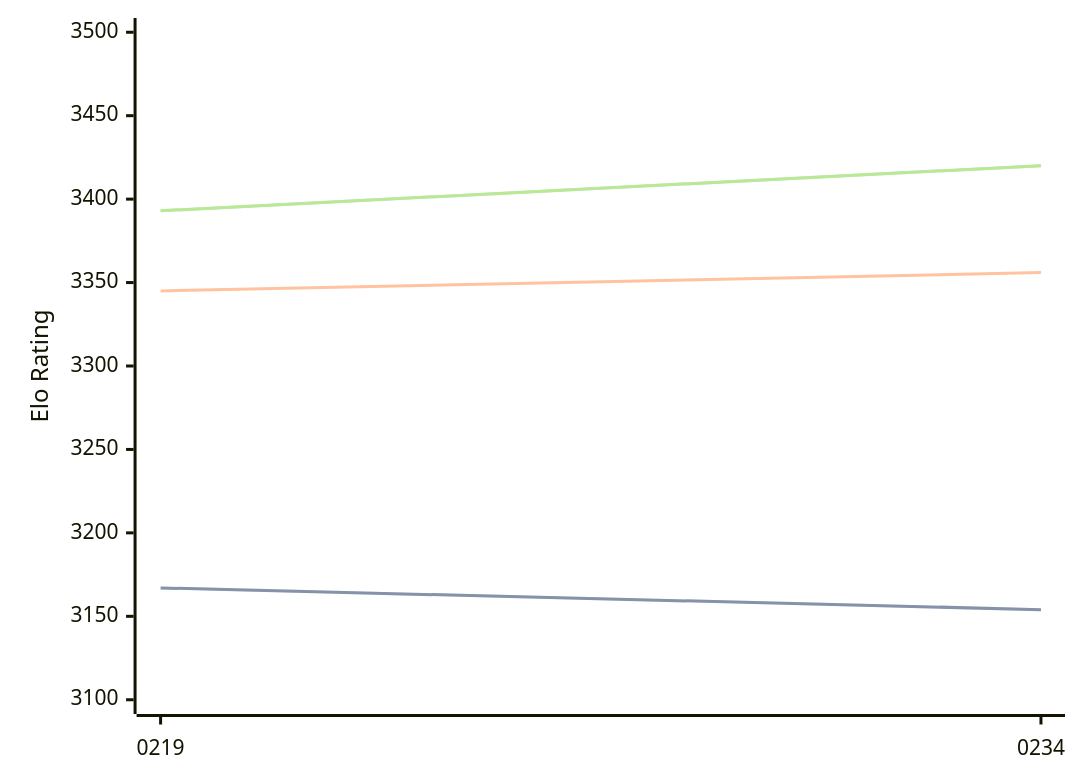
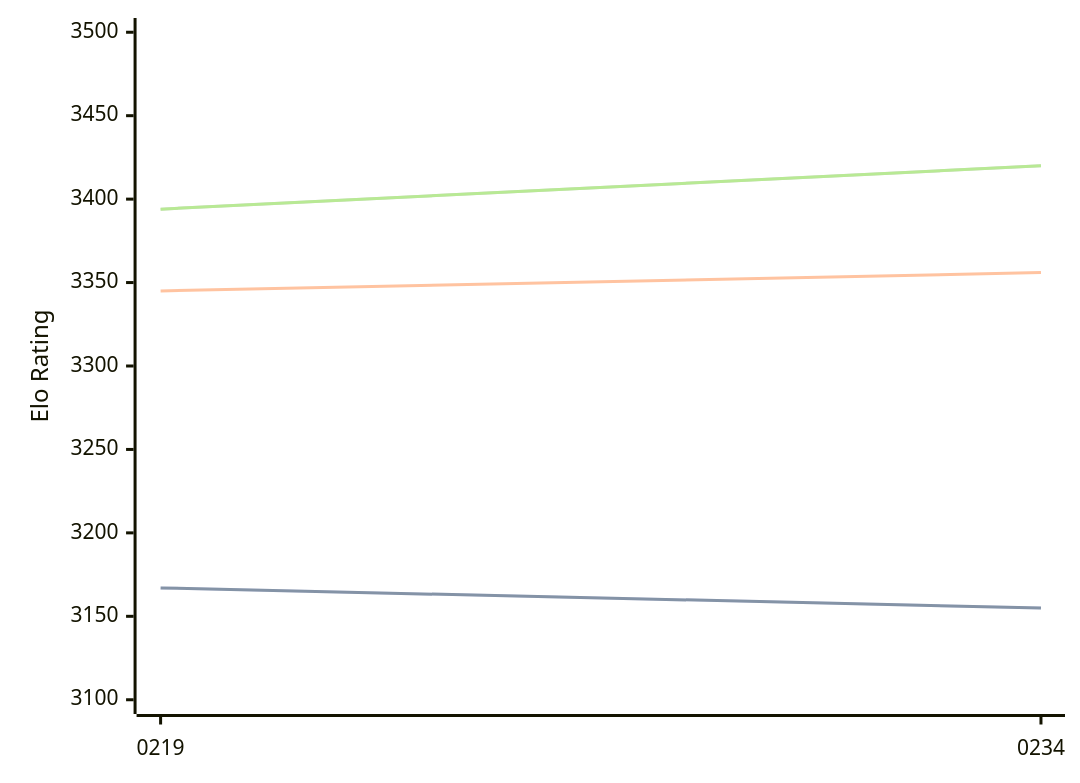
Before and after one commit to computer-chess-index/cci: the diagram in engines/Ynode.md, drawn with Mermaid. The commit also changed other lines of this file, not shown here.

Commit message:
Update CCI Ratings (ELO VLTC) - 2026-04-02

````diff
--- a/engines/Ynode.md
+++ b/engines/Ynode.md
@@ -39,11 +39,11 @@
 ```mermaid
 %%{init: {"theme":"base","themeVariables":{"seriesColors:['#a3a3a3','#222221','#faa371']}}}%%
 xychart-beta
   x-axis ["0219", "0234"]
   y-axis "Elo Rating" 3100 --> 3500
-  line "STC (8.0+0.08s)" [3167, 3154]
-  line "STC (8.0+0.08s)" [3167, 3154]
+  line "STC (8.0+0.08s)" [3167, 3155]
+  line "STC (8.0+0.08s)" [3167, 3155]
   line "LTC (60.0+0.60s)" [3345, 3356]
-  line "VLTC (2m24s+1.12s)" [3393, 3420]
-  line "VLTC (2m24s+1.12s)" [3393, 3420]
+  line "VLTC (2m24s+1.12s)" [3394, 3420]
+  line "VLTC (2m24s+1.12s)" [3394, 3420]
 ```
````
